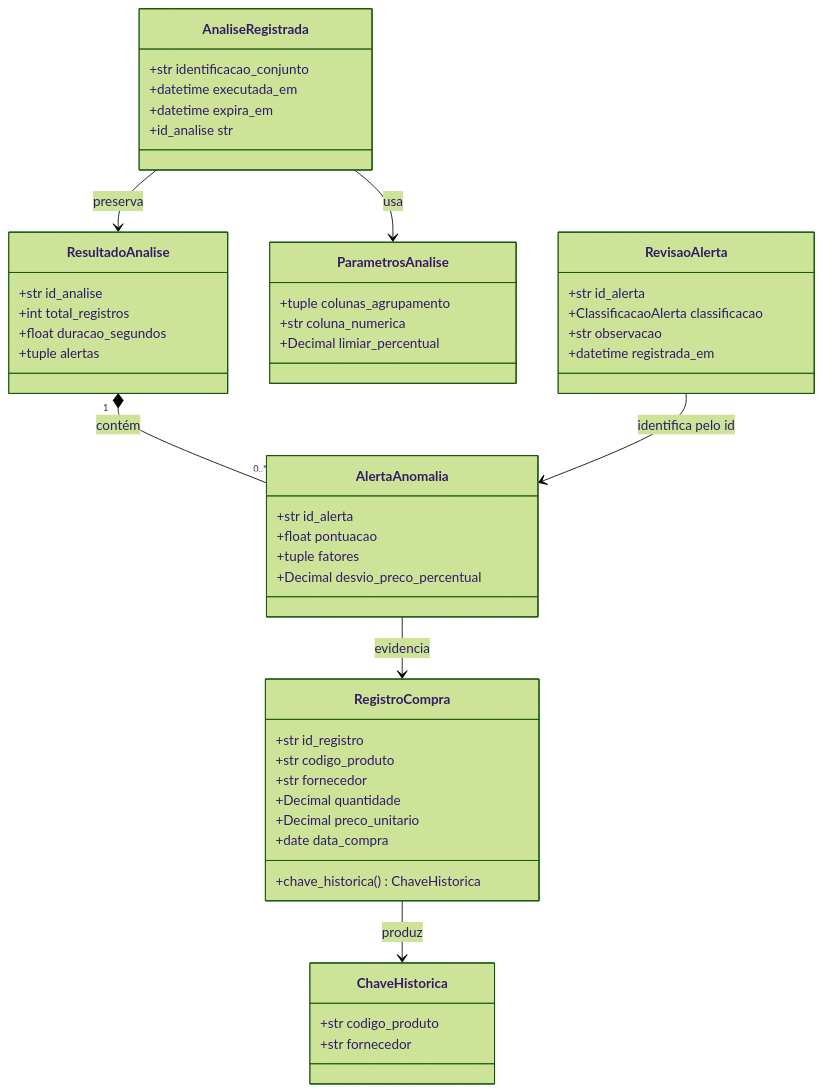
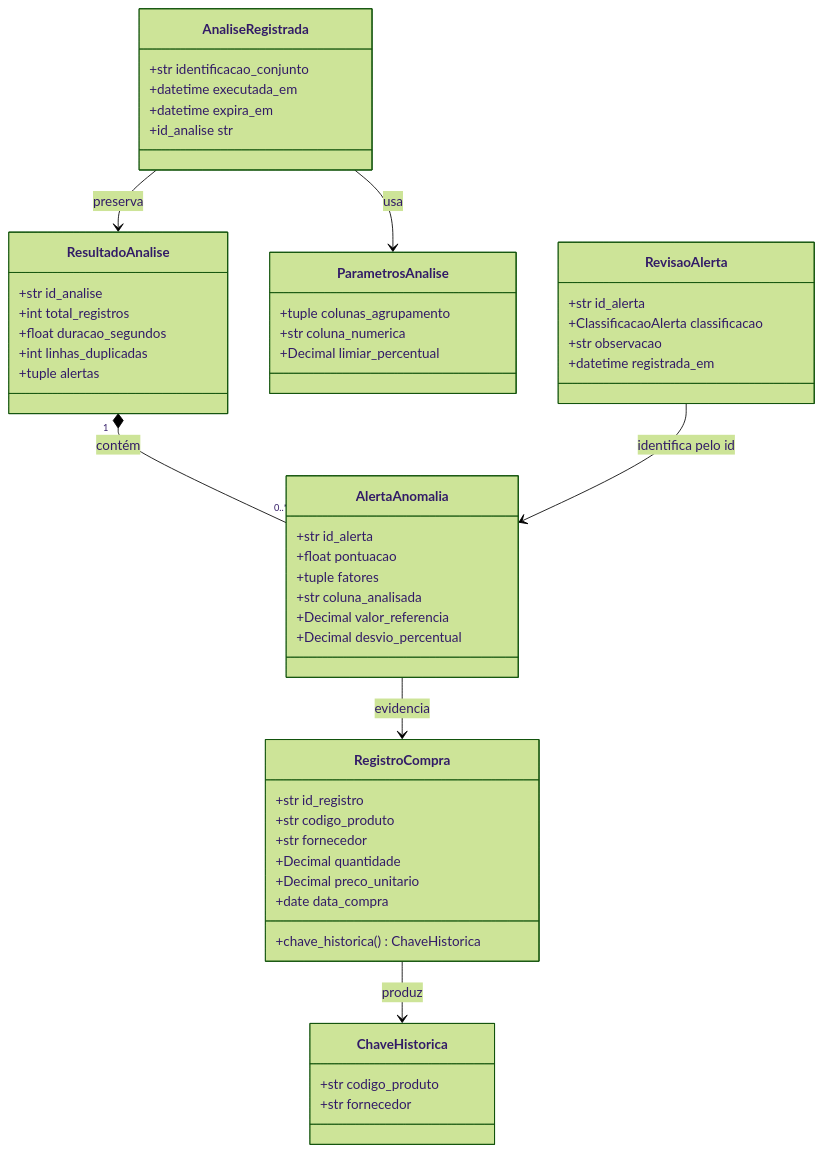
The second of 2 diagrams in docs/arquitetura.md (MarcioKDev/AnomaliData), drawn with Mermaid (forest theme) before and after one commit. The commit also changed other lines of this file and 30 other files, not shown here.

````diff
--- a/docs/arquitetura.md
+++ b/docs/arquitetura.md
@@ -42,51 +43,54 @@
 ```mermaid
 classDiagram
     class RegistroCompra {
       +str id_registro
       +str codigo_produto
       +str fornecedor
       +Decimal quantidade
       +Decimal preco_unitario
       +date data_compra
       +chave_historica() ChaveHistorica
     }
     class ChaveHistorica {
       +str codigo_produto
       +str fornecedor
     }
     class AlertaAnomalia {
       +str id_alerta
       +float pontuacao
       +tuple fatores
-      +Decimal desvio_preco_percentual
+      +str coluna_analisada
+      +Decimal valor_referencia
+      +Decimal desvio_percentual
     }
     class ResultadoAnalise {
       +str id_analise
       +int total_registros
       +float duracao_segundos
+      +int linhas_duplicadas
       +tuple alertas
     }
     class ParametrosAnalise {
       +tuple colunas_agrupamento
       +str coluna_numerica
       +Decimal limiar_percentual
     }
     class AnaliseRegistrada {
       +str identificacao_conjunto
       +datetime executada_em
       +datetime expira_em
       +id_analise str
     }
     class RevisaoAlerta {
       +str id_alerta
       +ClassificacaoAlerta classificacao
       +str observacao
       +datetime registrada_em
     }
     RegistroCompra --> ChaveHistorica : produz
     AlertaAnomalia --> RegistroCompra : evidencia
     ResultadoAnalise "1" *-- "0..*" AlertaAnomalia : contém
     AnaliseRegistrada --> ParametrosAnalise : usa
     AnaliseRegistrada --> ResultadoAnalise : preserva
     RevisaoAlerta --> AlertaAnomalia : identifica pelo id
 ```
````
